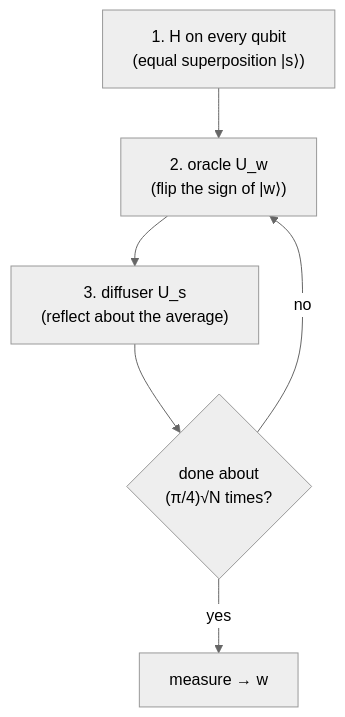
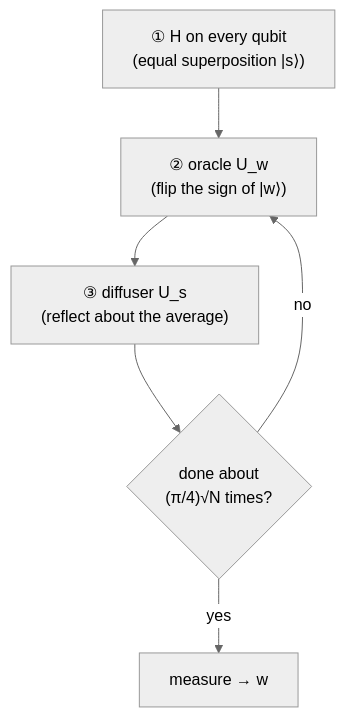
The diagram in Course 2/Week 4/Grover/Grover's algorithm.md (ArhamAkhtarAlam/mitxpro-my-notes), drawn with Mermaid (neutral theme) before and after one commit. The commit also changed 38 other files, not shown here.

````diff
--- a/Course 2/Week 4/Grover/Grover's algorithm.md
+++ b/Course 2/Week 4/Grover/Grover's algorithm.md
@@ -17,6 +17,6 @@
 ```mermaid
 flowchart TD
-    I["1. H on every qubit<br/>(equal superposition |s⟩)"] --> O["2. oracle U_w<br/>(flip the sign of |w⟩)"] --> D["3. diffuser U_s<br/>(reflect about the average)"] --> R{"done about<br/>(π/4)√N times?"}
+    I["① H on every qubit<br/>(equal superposition |s⟩)"] --> O["② oracle U_w<br/>(flip the sign of |w⟩)"] --> D["③ diffuser U_s<br/>(reflect about the average)"] --> R{"done about<br/>(π/4)√N times?"}
     R -- "no" --> O
     R -- "yes" --> M["measure → w"]
 ```
````
